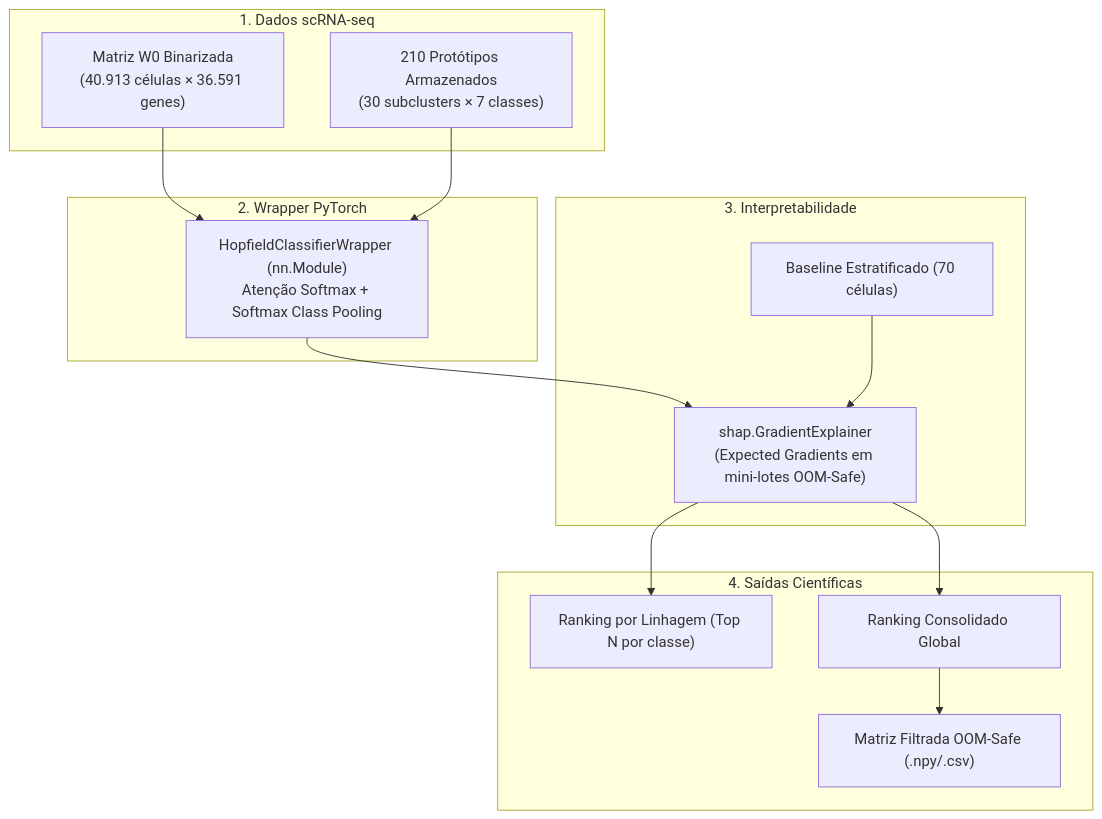
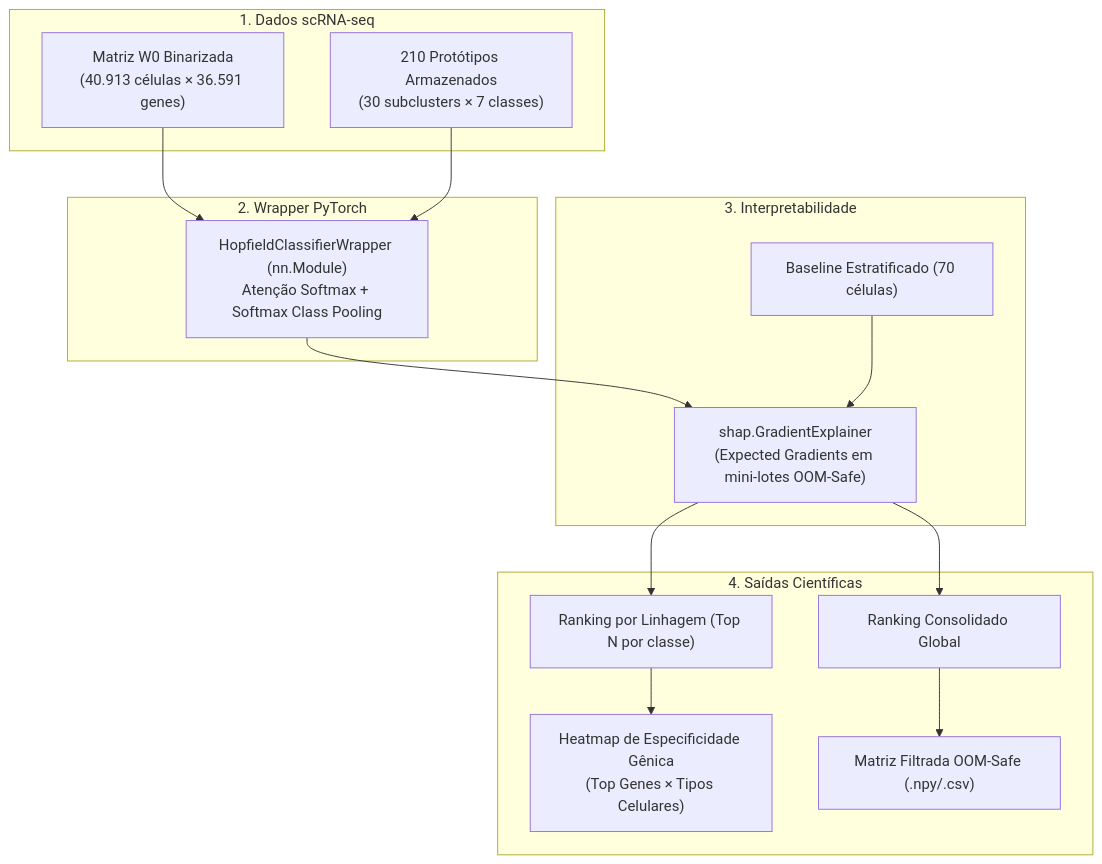
Before and after one commit to letdevx/pipiline_hopifield: the diagram in second_brain/04_Recursos/adrs/adr_023_selecao_features_shap_hopfield.md, drawn with Mermaid. The commit also changed other lines of this file and 2 other files, not shown here.

Commit message:
feat(shap-hopfield): adiciona plotagem de heatmap de biomarcadores por tipo celular

````diff
--- a/second_brain/04_Recursos/adrs/adr_023_selecao_features_shap_hopfield.md
+++ b/second_brain/04_Recursos/adrs/adr_023_selecao_features_shap_hopfield.md
@@ -38,30 +39,32 @@
 ```mermaid
 flowchart TD
     subgraph Entrada["1. Dados scRNA-seq"]
         MAT["Matriz W0 Binarizada<br/>(40.913 células × 36.591 genes)"]
         PROT["210 Protótipos Armazenados<br/>(30 subclusters × 7 classes)"]
     end
 
     subgraph Wrapper["2. Wrapper PyTorch"]
         HW["HopfieldClassifierWrapper (nn.Module)<br/>Atenção Softmax + Softmax Class Pooling"]
     end
 
     subgraph SHAP_Engine["3. Interpretabilidade"]
         BG["Baseline Estratificado (70 células)"]
         GE["shap.GradientExplainer<br/>(Expected Gradients em mini-lotes OOM-Safe)"]
     end
 
     subgraph Selecao["4. Saídas Científicas"]
         RL["Ranking por Linhagem (Top N por classe)"]
         RC["Ranking Consolidado Global"]
+        HM["Heatmap de Especificidade Gênica<br/>(Top Genes × Tipos Celulares)"]
         MAT_FILT["Matriz Filtrada OOM-Safe (.npy/.csv)"]
     end
 
     MAT --> HW
     PROT --> HW
     HW --> GE
     BG --> GE
     GE --> RL
     GE --> RC
+    RL --> HM
     RC --> MAT_FILT
 ```
````
